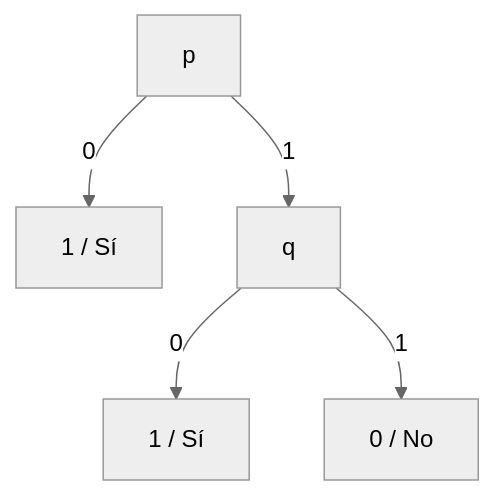
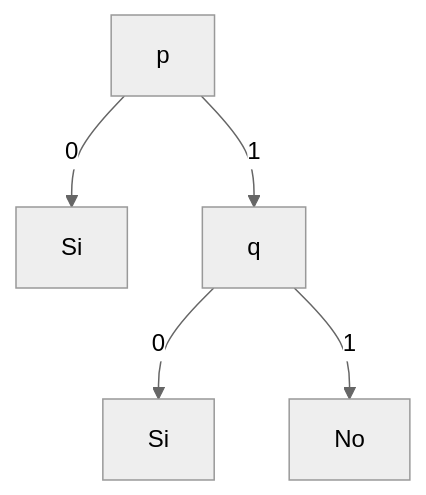
Before and after one commit to santrodriguez21/aprendizaje-automatico: the fifth of 5 diagrams in practicos/practico 2/resultados/ejercicio_01.md, drawn with Mermaid (neutral theme). The commit also changed other lines of this file and 4 other files, not shown here.

````diff
--- a/practicos/practico 2/resultados/ejercicio_01.md
+++ b/practicos/practico 2/resultados/ejercicio_01.md
@@ -190,7 +127,7 @@
 ```mermaid
 graph TD
-    P[p] -->|0| S1[1 / Sí]
+    P[p] -->|0| S1[Si]
     P -->|1| Q[q]
-    Q -->|0| S2[1 / Sí]
-    Q -->|1| N1[0 / No]
+    Q -->|0| S2[Si]
+    Q -->|1| N1[No]
 ```
````
